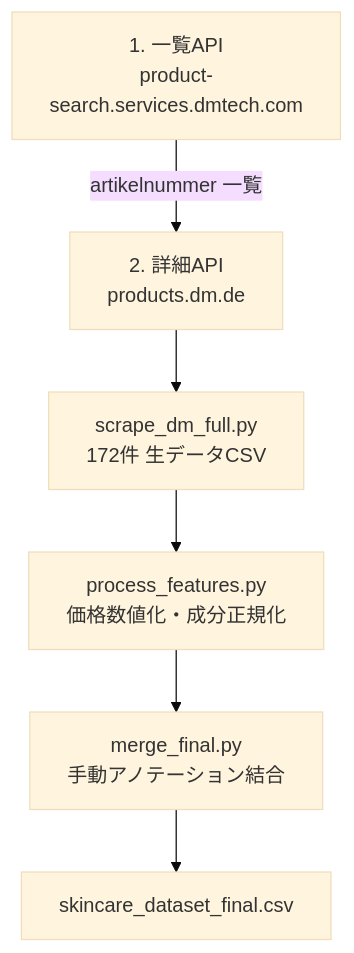
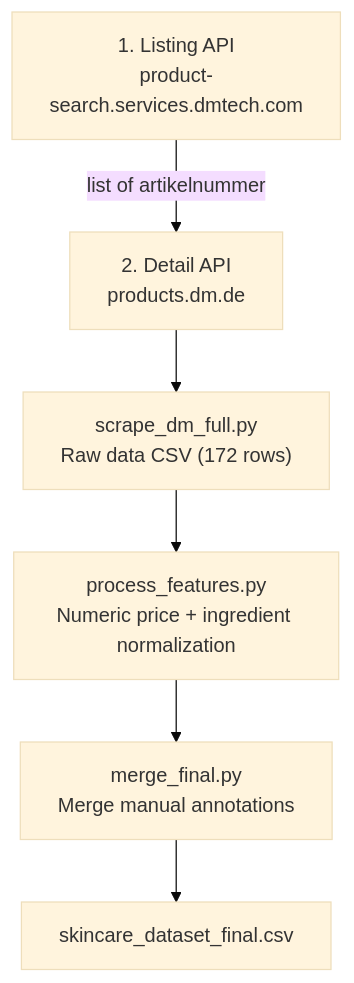
The diagram in docs/data_pipeline.md (yuki-hogehoge/dm-skincare-data-pipeline), drawn with Mermaid (base theme) before and after one commit. The commit also changed other lines of this file, not shown here.

First line of the commit message:
Revise dm.de product data pipeline documentation

````diff
--- a/docs/data_pipeline.md
+++ b/docs/data_pipeline.md
@@ -12,8 +14,8 @@
 ```mermaid
 flowchart TD
-    A["1. 一覧API<br/>product-search.services.dmtech.com"] -->|artikelnummer 一覧| B["2. 詳細API<br/>products.dm.de"]
-    B --> C["scrape_dm_full.py<br/>172件 生データCSV"]
-    C --> D["process_features.py<br/>価格数値化・成分正規化"]
-    D --> E["merge_final.py<br/>手動アノテーション結合"]
+    A["1. Listing API<br/>product-search.services.dmtech.com"] -->|list of artikelnummer| B["2. Detail API<br/>products.dm.de"]
+    B --> C["scrape_dm_full.py<br/>Raw data CSV (172 rows)"]
+    C --> D["process_features.py<br/>Numeric price + ingredient normalization"]
+    D --> E["merge_final.py<br/>Merge manual annotations"]
     E --> F["skincare_dataset_final.csv"]
 ```
````
